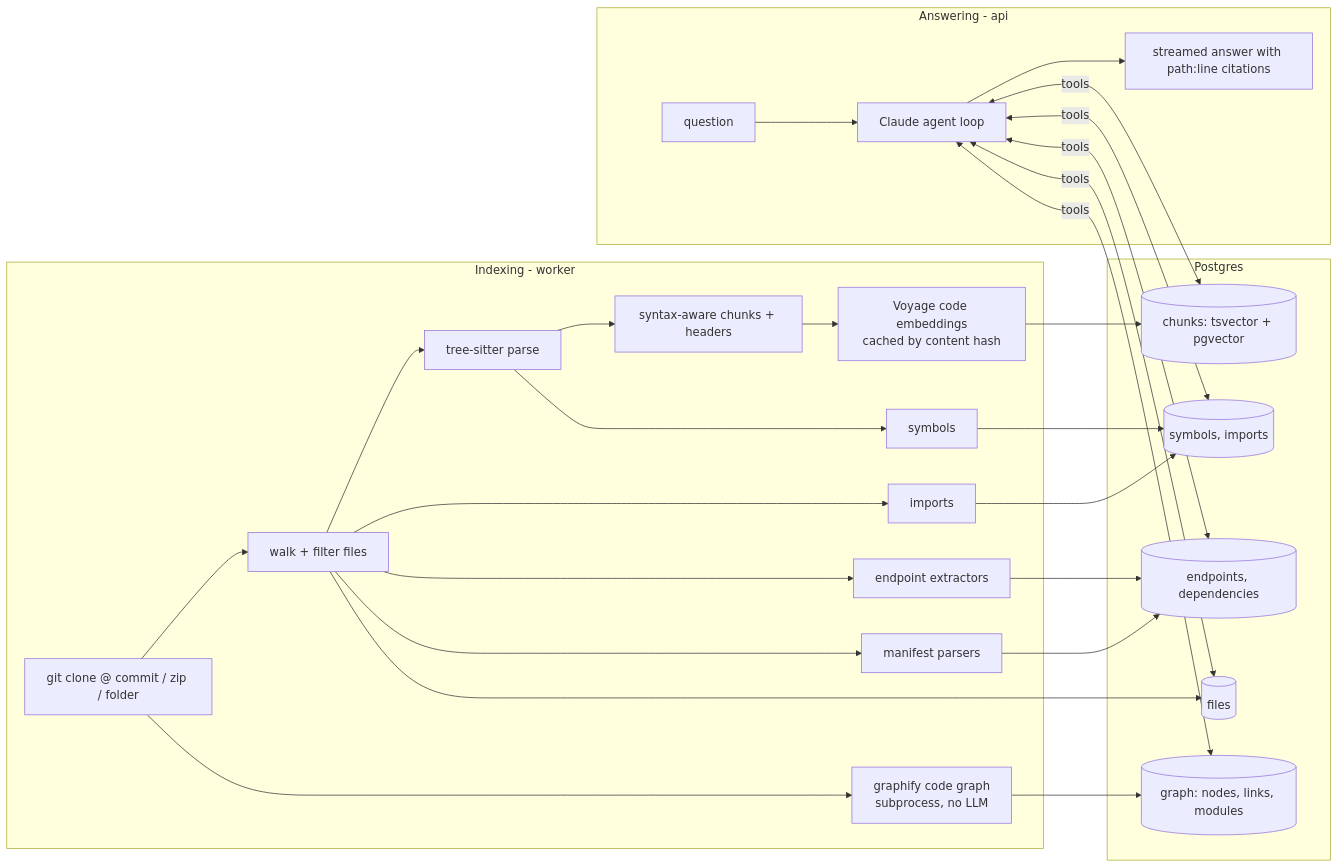
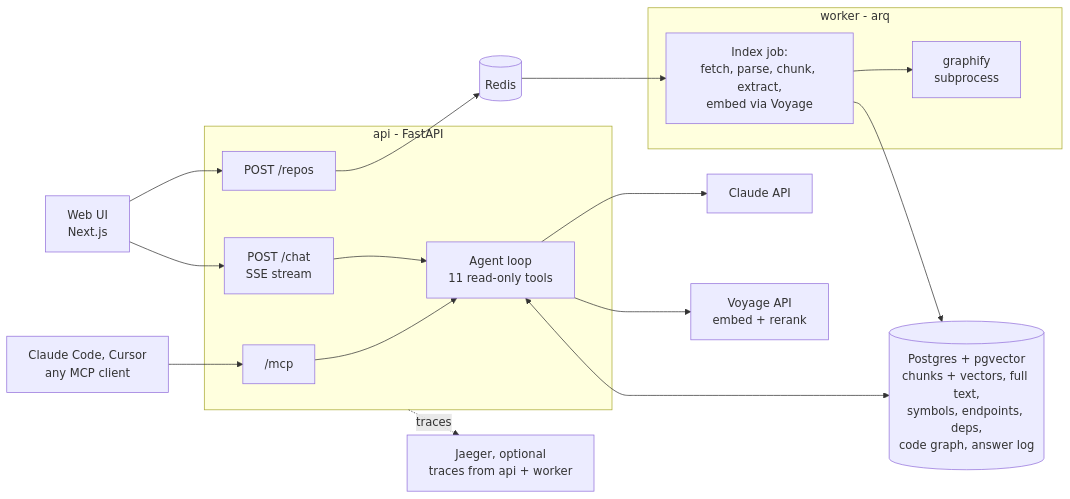
One commit to Nikhilprasad-r/code-doc changed the diagram in README.md. Above: the diagram before and after it, drawn with Mermaid. The commit also changed other lines of this file and 18 other files, not shown here.

````diff
--- a/README.md
+++ b/README.md
@@ -34,33 +73,30 @@
 ```mermaid
 flowchart LR
-    subgraph Indexing [Indexing - worker]
-        S[git clone @ commit / zip / folder] --> W[walk + filter files]
-        W --> P[tree-sitter parse]
-        P --> C[syntax-aware chunks + headers]
-        P --> Y[symbols]
-        W --> I[imports]
-        W --> E[endpoint extractors]
-        W --> D[manifest parsers]
-        C --> V[Voyage code embeddings<br/>cached by content hash]
-        S --> G[graphify code graph<br/>subprocess, no LLM]
+    UI[Web UI<br/>Next.js]
+    MC[Claude Code, Cursor<br/>any MCP client]
+    subgraph api [api - FastAPI]
+        CH[POST /chat<br/>SSE stream]
+        MS["/mcp"]
+        AG[Agent loop<br/>11 read-only tools]
+        RQ[POST /repos]
     end
-    subgraph Postgres
-        T1[(chunks: tsvector + pgvector)]
-        T2[(symbols, imports)]
-        T3[(endpoints, dependencies)]
-        T4[(files)]
-        T5[(graph: nodes, links, modules)]
+    Q[(Redis)]
+    subgraph worker [worker - arq]
+        IX[Index job:<br/>fetch, parse, chunk, extract,<br/>embed via Voyage]
+        GF[graphify<br/>subprocess]
     end
-    V --> T1
-    Y --> T2
-    I --> T2
-    E --> T3
-    D --> T3
-    W --> T4
-    G --> T5
-    subgraph Answering [Answering - api]
-        Q[question] --> A[Claude agent loop]
-        A <-->|tools| T1 & T2 & T3 & T4 & T5
-        A --> R[streamed answer with path:line citations]
-    end
+    PG[(Postgres + pgvector<br/>chunks + vectors, full text,<br/>symbols, endpoints, deps,<br/>code graph, answer log)]
+    CL[Claude API]
+    VO[Voyage API<br/>embed + rerank]
+    J[Jaeger, optional<br/>traces from api + worker]
+
+    UI --> CH --> AG
+    MC --> MS --> AG
+    UI --> RQ --> Q --> IX
+    IX --> GF
+    IX --> PG
+    AG <--> PG
+    AG --> CL
+    AG --> VO
+    api -. traces .-> J
 ```
````
